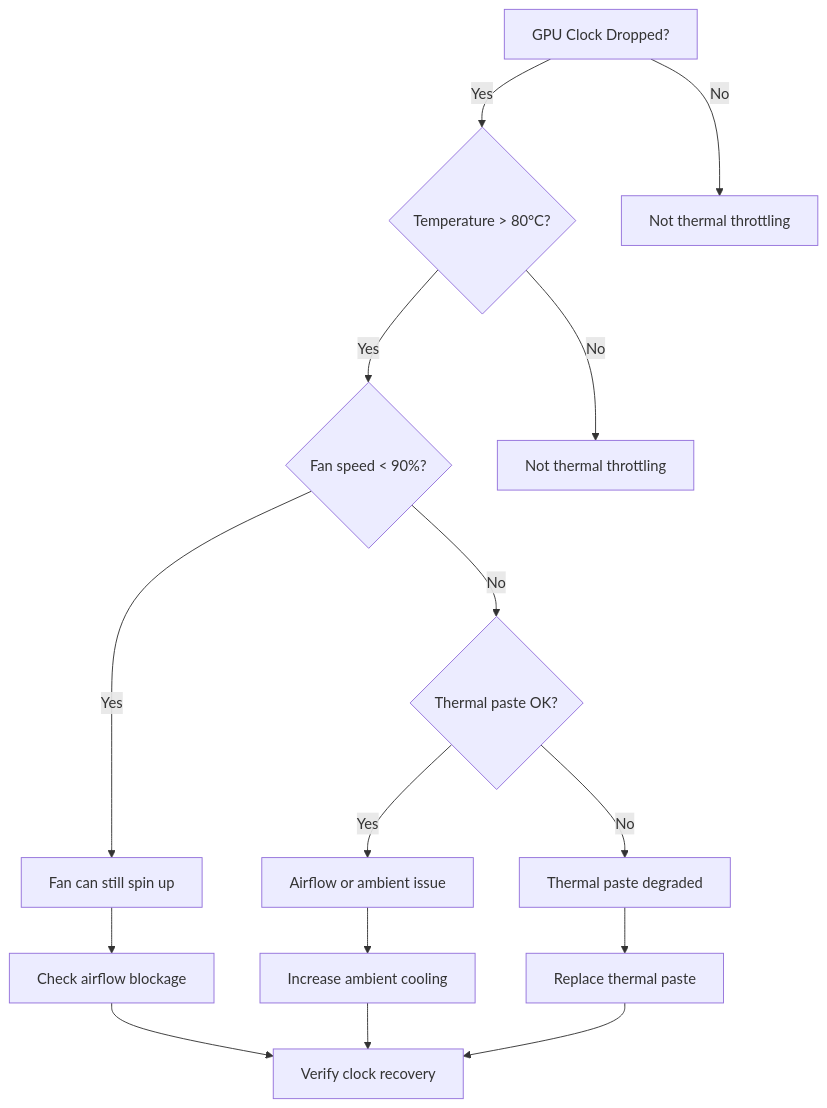
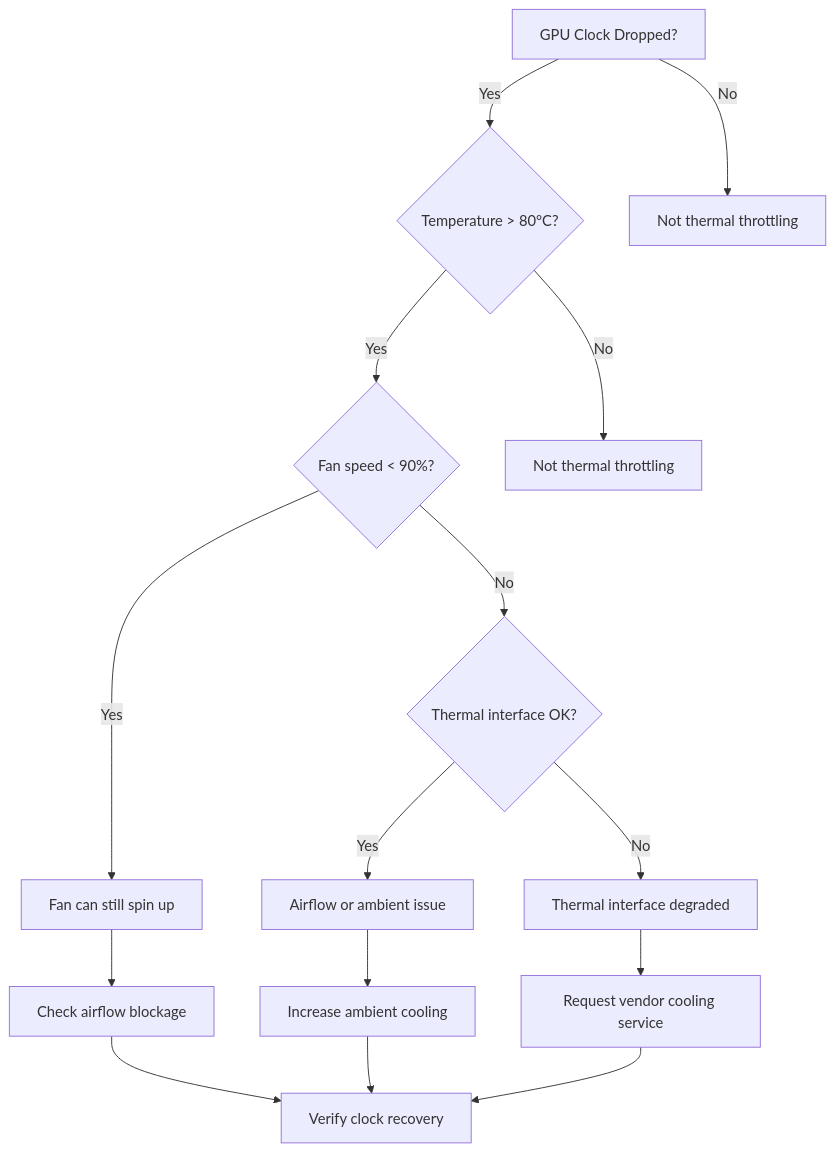
The first of 2 diagrams in docs/nvidia-zero-to-hero/volume-20/chapter-06-thermal-throttling-and-cooling-degradation.md (jithinpnjm/nvidia-devops), drawn with Mermaid before and after one commit. The commit also changed other lines of this file and 289 other files, not shown here.

````diff
--- a/docs/nvidia-zero-to-hero/volume-20/chapter-06-thermal-throttling-and-cooling-degradation.md
+++ b/docs/nvidia-zero-to-hero/volume-20/chapter-06-thermal-throttling-and-cooling-degradation.md
@@ -45,17 +49,17 @@
 ```mermaid
 flowchart TD
     A["GPU Clock Dropped?"] -->|Yes| B{"Temperature > 80°C?"}
     A -->|No| C["Not thermal throttling"]
     B -->|Yes| D{"Fan speed < 90%?"}
     B -->|No| E["Not thermal throttling"]
     D -->|Yes| F["Fan can still spin up"]
-    D -->|No| G{"Thermal paste OK?"}
+    D -->|No| G{"Thermal interface OK?"}
     G -->|Yes| H["Airflow or ambient issue"]
-    G -->|No| I["Thermal paste degraded"]
+    G -->|No| I["Thermal interface degraded"]
     F --> J["Check airflow blockage"]
     H --> K["Increase ambient cooling"]
-    I --> L["Replace thermal paste"]
+    I --> L["Request vendor cooling service"]
     J --> M["Verify clock recovery"]
     K --> M
     L --> M
 ```
````
